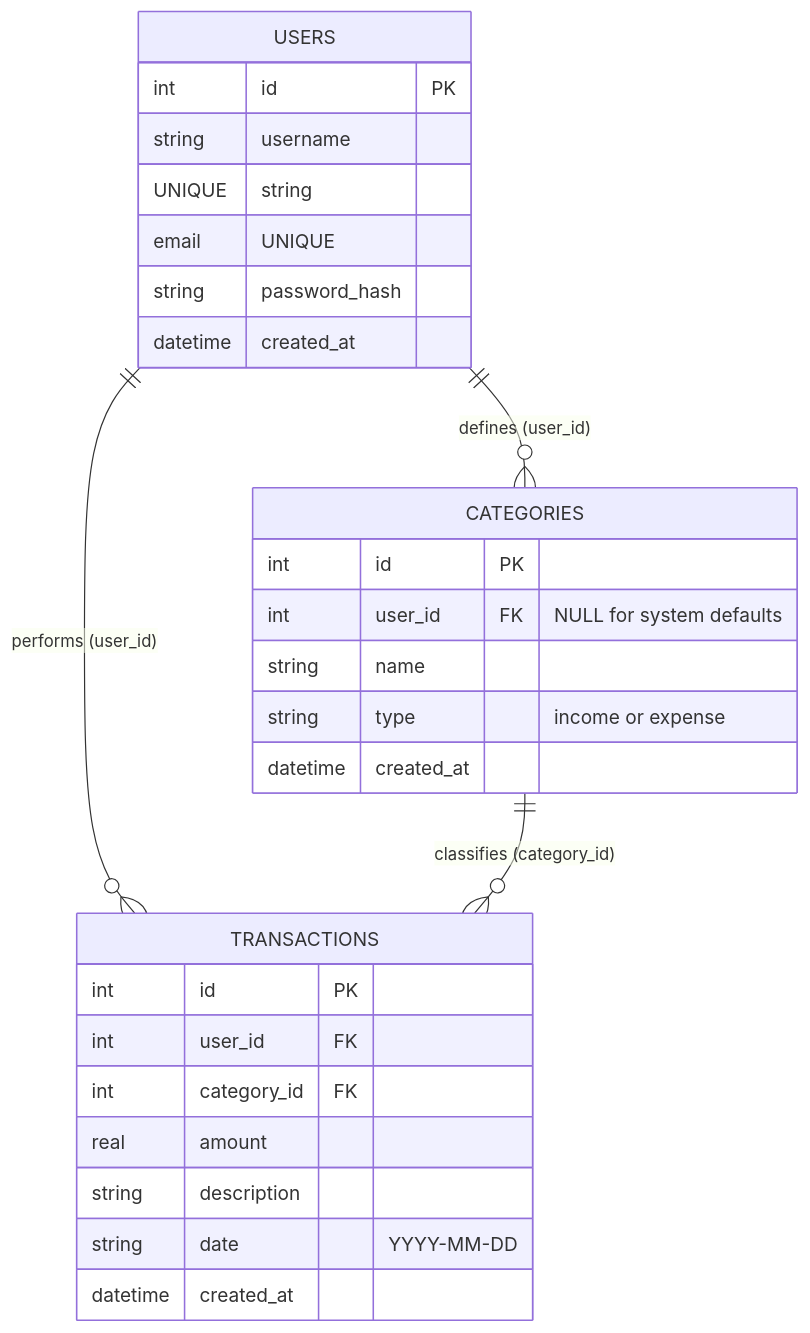
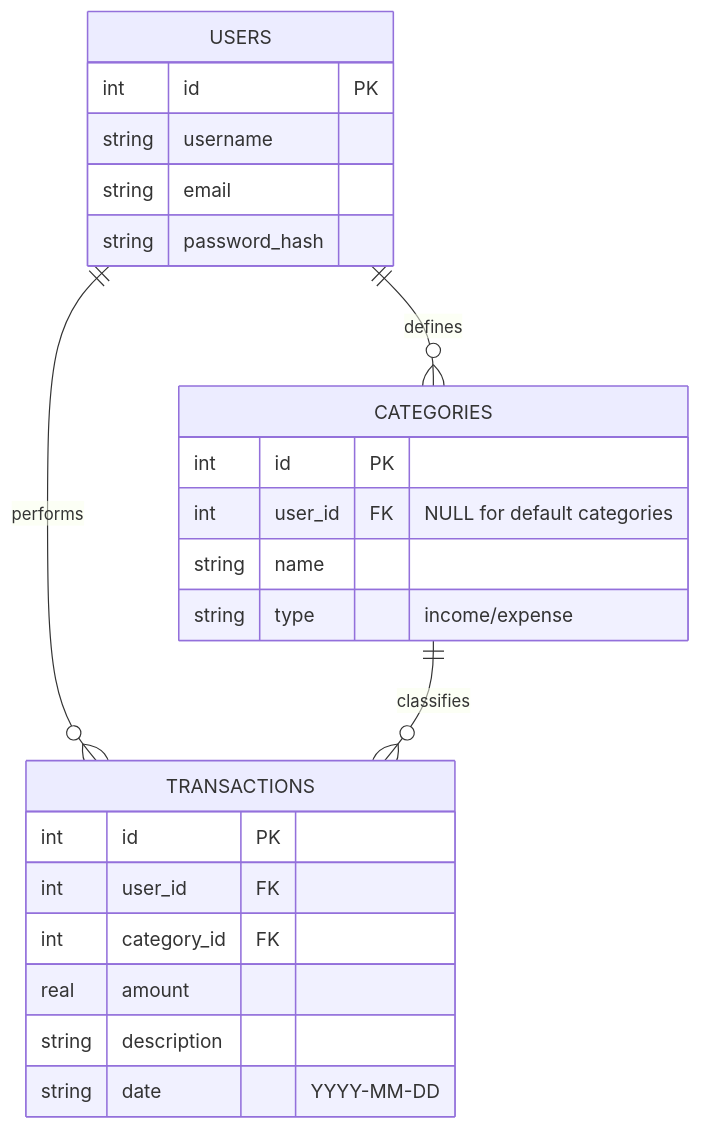
The diagram in README.md (dagmawi-tarekegn/Web-2), drawn with Mermaid before and after one commit. The commit also changed other lines of this file, not shown here.

````diff
--- a/README.md
+++ b/README.md
@@ -33,30 +63,27 @@
 ```mermaid
 erDiagram
-    USERS ||--o{ CATEGORIES : "defines (user_id)"
-    USERS ||--o{ TRANSACTIONS : "performs (user_id)"
-    CATEGORIES ||--o{ TRANSACTIONS : "classifies (category_id)"
+    USERS ||--o{ CATEGORIES : "defines"
+    USERS ||--o{ TRANSACTIONS : "performs"
+    CATEGORIES ||--o{ TRANSACTIONS : "classifies"
 
     USERS {
         int id PK
-        string username UNIQUE
-        string email UNIQUE
+        string username
+        string email
         string password_hash
-        datetime created_at
     }
     CATEGORIES {
         int id PK
-        int user_id FK "NULL for system defaults"
+        int user_id FK "NULL for default categories"
         string name
-        string type "income or expense"
-        datetime created_at
+        string type "income/expense"
     }
     TRANSACTIONS {
         int id PK
         int user_id FK
         int category_id FK
         real amount
         string description
         string date "YYYY-MM-DD"
-        datetime created_at
     }
 ```
````
